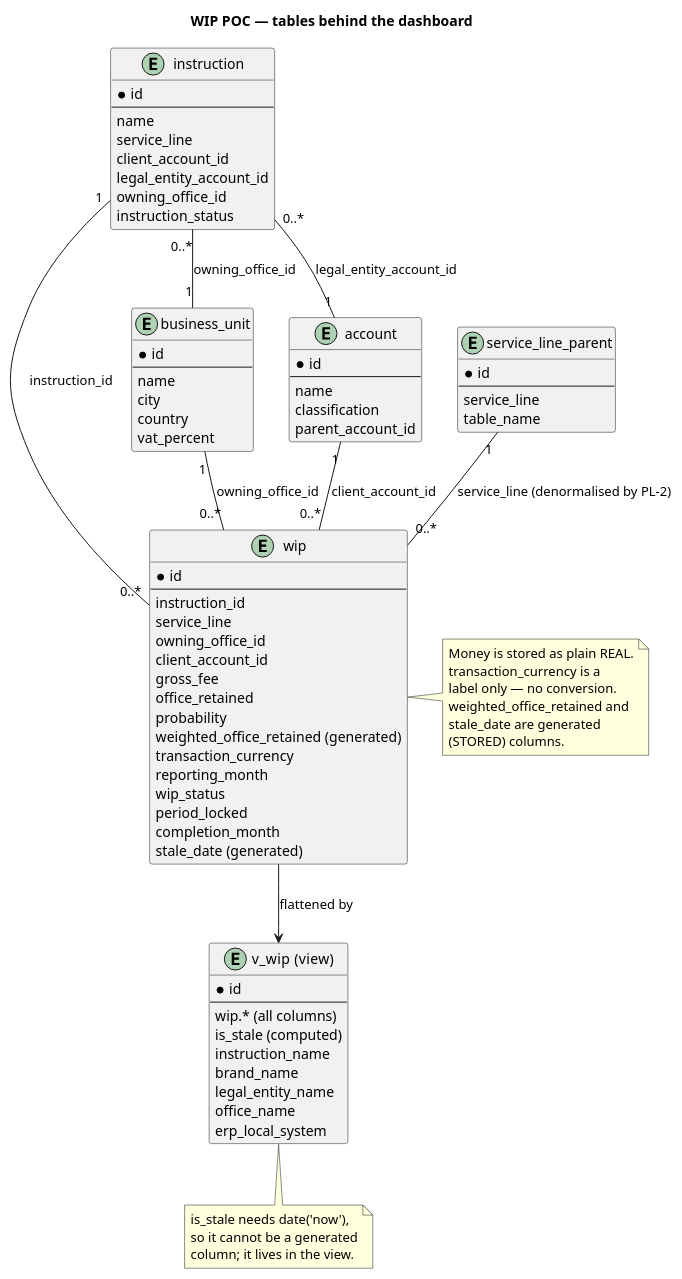
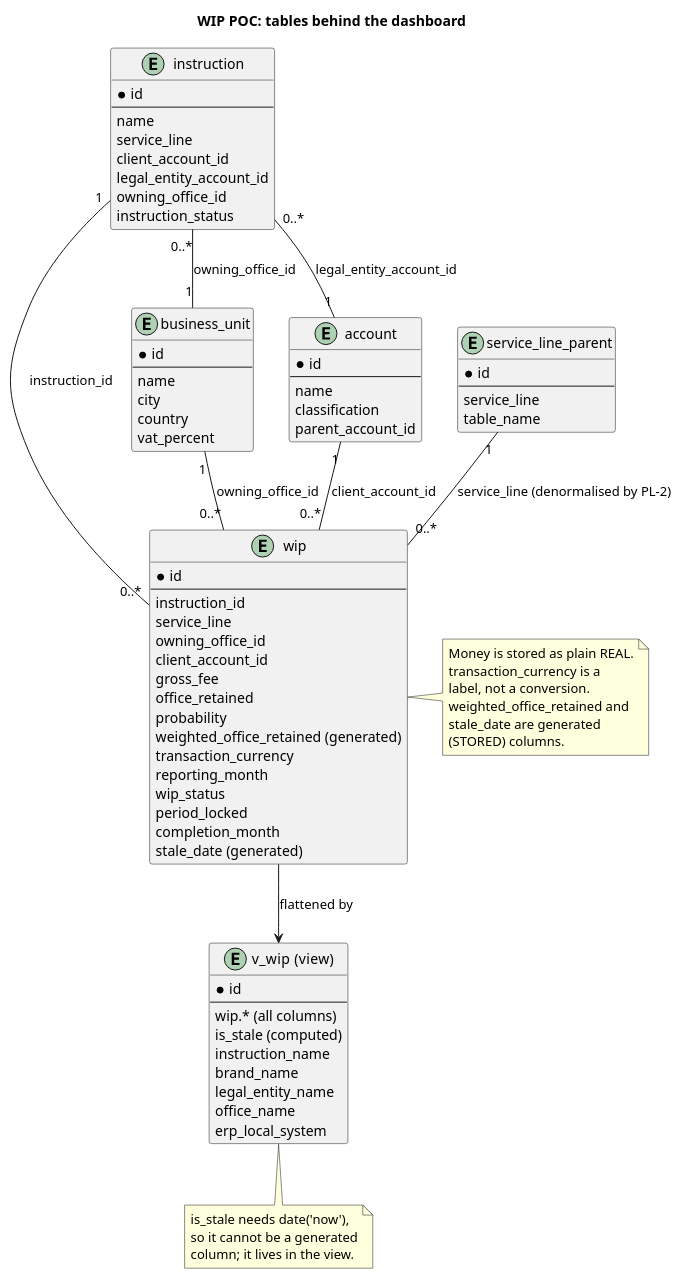
The diagram in POC-EuroWIP-Vault/wiki/wip-poc/dashboard.md (newportg/POC-EuroWIP), drawn with PlantUML before and after one commit. The commit also changed other lines of this file, not shown here.

Commit message:
wiki: drop em-dashes from WIP POC dashboard page

````diff
--- a/POC-EuroWIP-Vault/wiki/wip-poc/dashboard.md
+++ b/POC-EuroWIP-Vault/wiki/wip-poc/dashboard.md
@@ -89,6 +89,6 @@
 ```plantuml
 @startuml
-title WIP POC — tables behind the dashboard
+title WIP POC: tables behind the dashboard
 
 entity "business_unit" as bu {
   * id
@@ -167,7 +167,7 @@
 note right of wip
   Money is stored as plain REAL.
   transaction_currency is a
-  label only — no conversion.
+  label, not a conversion.
   weighted_office_retained and
   stale_date are generated
   (STORED) columns.
````
